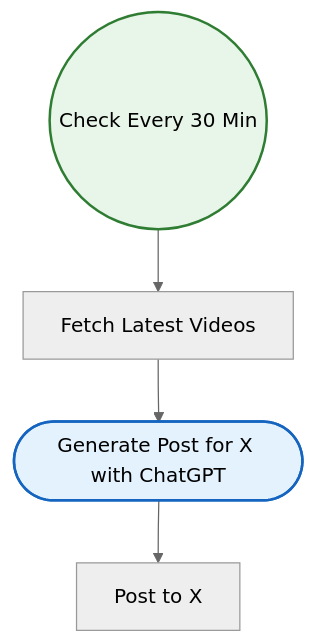
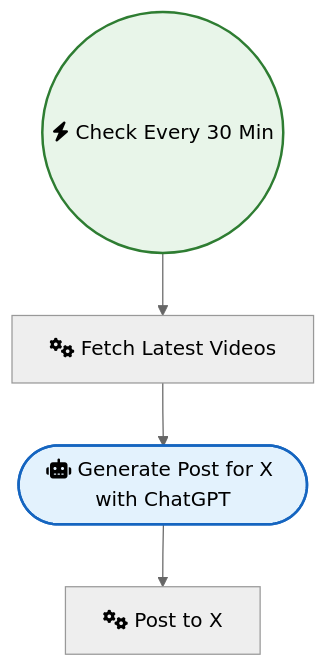
Before and after one commit to sreyash3105/N8N-DEMO-AUTOMATIONS: the diagram in Instagram_Twitter_Social_Media/Post New YouTube Videos to X.md, drawn with Mermaid (neutral theme). The commit also changed 291 other files, not shown here.

````diff
--- a/Instagram_Twitter_Social_Media/Post New YouTube Videos to X.md
+++ b/Instagram_Twitter_Social_Media/Post New YouTube Videos to X.md
@@ -1,15 +1,15 @@
 ```mermaid
 graph TD
     classDef trigger fill:#e8f5e9,stroke:#2e7d32,stroke-width:2px;
     classDef ai fill:#e3f2fd,stroke:#1565c0,stroke-width:2px;
     classDef logic fill:#fff3e0,stroke:#ef6c00,stroke-width:2px;
 
-    Post_to_X["Post to X"]
-    Generate_Post_for_X_with_ChatGPT(["Generate Post for X with ChatGPT"]):::ai
-    Fetch_Latest_Videos["Fetch Latest Videos"]
-    Check_Every_30_Min(("Check Every 30 Min")):::trigger
+    Post_to_X["fas:fa-cogs Post to X"]
+    Generate_Post_for_X_with_ChatGPT(["fas:fa-robot Generate Post for X with ChatGPT"]):::ai
+    Fetch_Latest_Videos["fas:fa-cogs Fetch Latest Videos"]
+    Check_Every_30_Min(("fas:fa-bolt Check Every 30 Min")):::trigger
 
     Check_Every_30_Min --> Fetch_Latest_Videos
     Fetch_Latest_Videos --> Generate_Post_for_X_with_ChatGPT
     Generate_Post_for_X_with_ChatGPT --> Post_to_X
 ```
````
